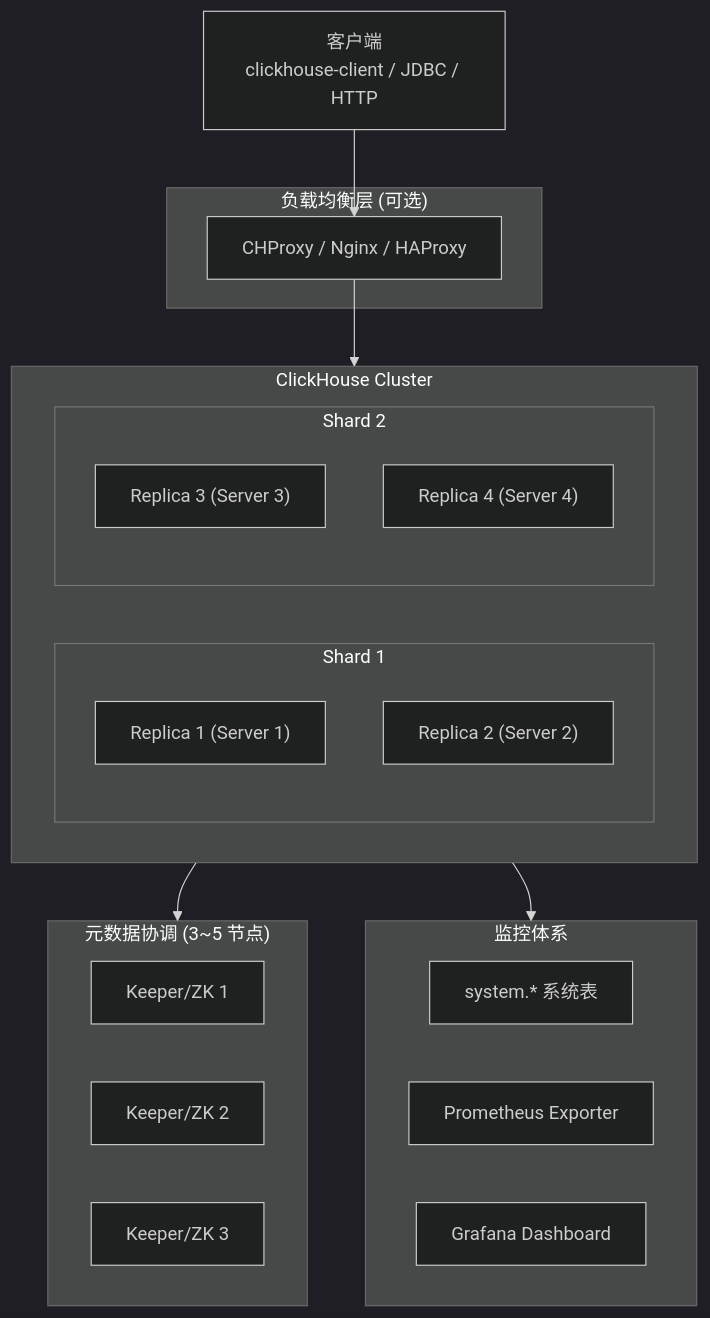
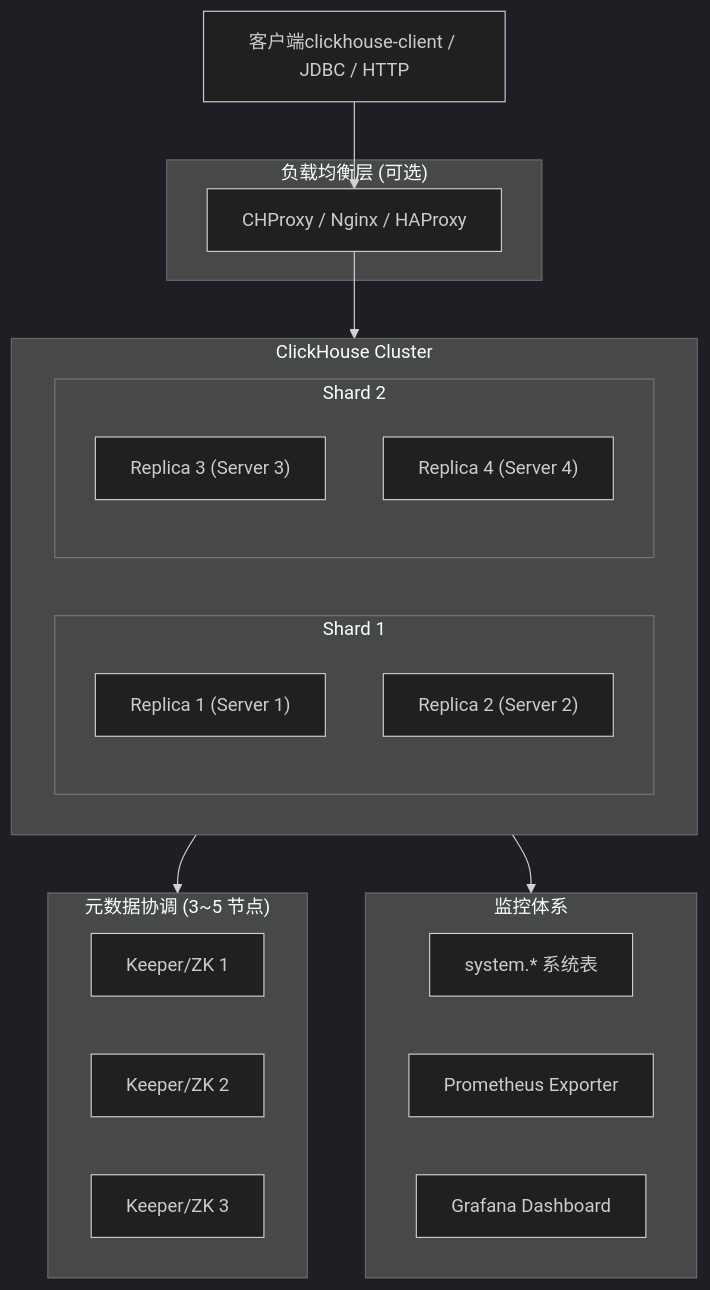
The first of 11 diagrams in Database/ClickHouse/clickhouse的分布式部署分析.md (carlvinhust2012/MyStudy), drawn with Mermaid (dark theme) before and after one commit. The commit also changed other lines of this file, not shown here.

Commit message:
update the clickhouse distribute deployment

````diff
--- a/Database/ClickHouse/clickhouse的分布式部署分析.md
+++ b/Database/ClickHouse/clickhouse的分布式部署分析.md
@@ -9,35 +9,35 @@
 ```mermaid
 flowchart TB
-    Client["客户端<br/>clickhouse-client / JDBC / HTTP"]
+    Client["客户端clickhouse-client / JDBC / HTTP"]
 
     subgraph LB["负载均衡层 (可选)"]
         Proxy["CHProxy / Nginx / HAProxy"]
     end
 
     subgraph Cluster["ClickHouse Cluster"]
         subgraph S1["Shard 1"]
             R1["Replica 1 (Server 1)"]
             R2["Replica 2 (Server 2)"]
         end
         subgraph S2["Shard 2"]
             R3["Replica 3 (Server 3)"]
             R4["Replica 4 (Server 4)"]
         end
     end
 
     subgraph Coord["元数据协调 (3~5 节点)"]
         K1["Keeper/ZK 1"]
         K2["Keeper/ZK 2"]
         K3["Keeper/ZK 3"]
     end
 
     subgraph Monitor["监控体系"]
         Sys["system.* 系统表"]
         Prometheus["Prometheus Exporter"]
         Grafana["Grafana Dashboard"]
     end
 
     Client --> Proxy --> Cluster
     Cluster --> Coord
     Cluster --> Monitor
 ```
````
